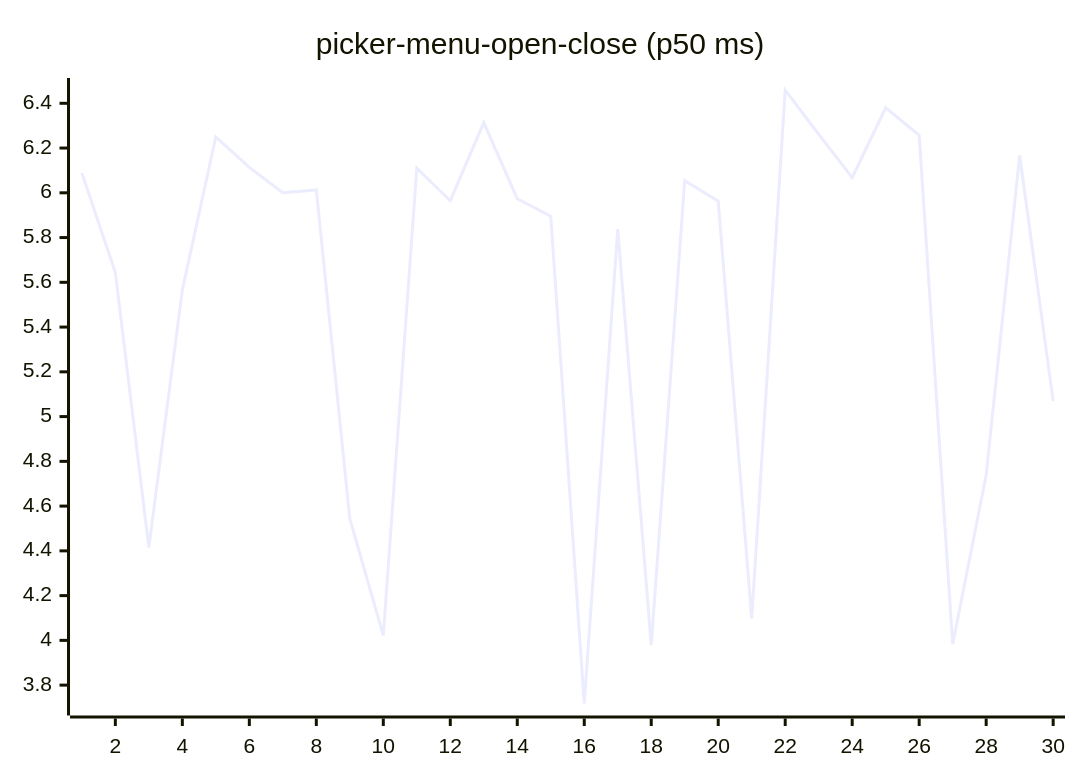
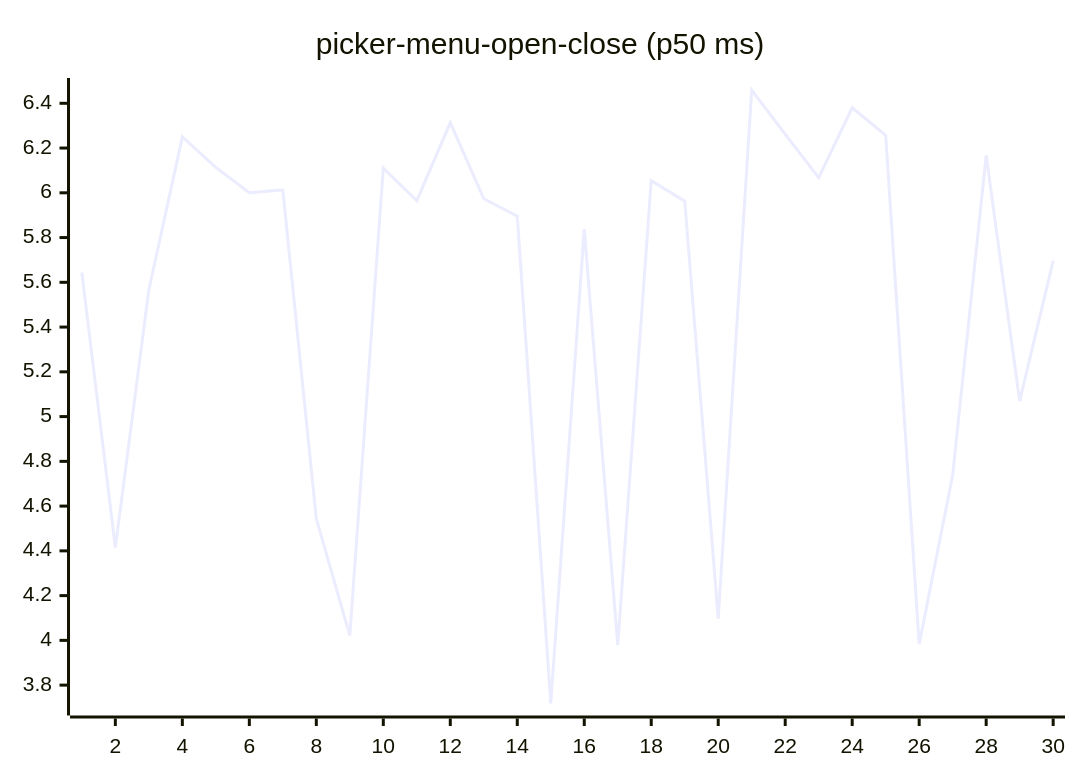
One commit to josha/Facet changed diagram 16 of 27 in README.md. Above: the diagram before and after it, drawn with Mermaid. The commit also changed other lines of this file and 2 other files, not shown here.

````diff
--- a/README.md
+++ b/README.md
@@ -168,6 +168,6 @@
 ```mermaid
 xychart-beta
     title "picker-menu-open-close (p50 ms)"
     x-axis 1 --> 30
-    line [6.0885, 5.6440, 4.4145, 5.5656, 6.2500, 6.1133, 6.0006, 6.0128, 4.5439, 4.0216, 6.1100, 5.9646, 6.3137, 5.9733, 5.8960, 3.7179, 5.8378, 3.9788, 6.0543, 5.9629, 4.0972, 6.4594, 6.2618, 6.0678, 6.3801, 6.2569, 3.9826, 4.7388, 6.1676, 5.0690]
+    line [5.6440, 4.4145, 5.5656, 6.2500, 6.1133, 6.0006, 6.0128, 4.5439, 4.0216, 6.1100, 5.9646, 6.3137, 5.9733, 5.8960, 3.7179, 5.8378, 3.9788, 6.0543, 5.9629, 4.0972, 6.4594, 6.2618, 6.0678, 6.3801, 6.2569, 3.9826, 4.7388, 6.1676, 5.0690, 5.6954]
 ```
````
